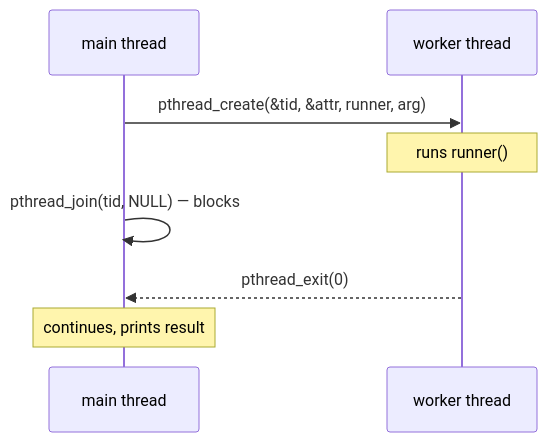
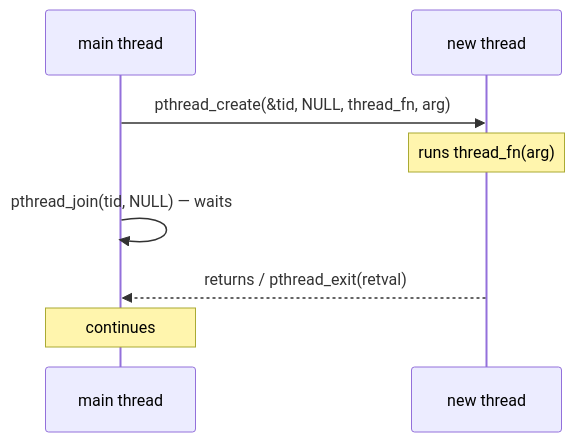
The sixth of 24 diagrams in README.md (Sharmaditya2k05/OS-T2), drawn with Mermaid before and after one commit. The commit also changed other lines of this file and 11 other files, not shown here.

````diff
--- a/README.md
+++ b/README.md
@@ -638,10 +485,10 @@
 ```mermaid
 sequenceDiagram
     participant M as main thread
-    participant W as worker thread
-    M->>W: pthread_create(&tid, &attr, runner, arg)
-    Note over W: runs runner()
-    M->>M: pthread_join(tid, NULL) — blocks
-    W-->>M: pthread_exit(0)
-    Note over M: continues, prints result
+    participant W as new thread
+    M->>W: pthread_create(&tid, NULL, thread_fn, arg)
+    Note over W: runs thread_fn(arg)
+    M->>M: pthread_join(tid, NULL) — waits
+    W-->>M: returns / pthread_exit(retval)
+    Note over M: continues
 ```
````
